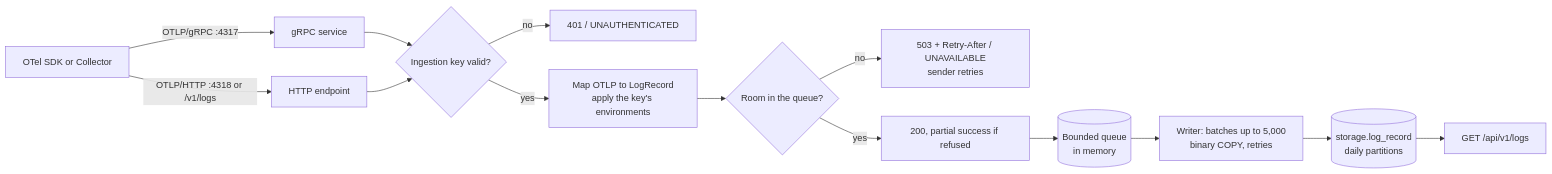
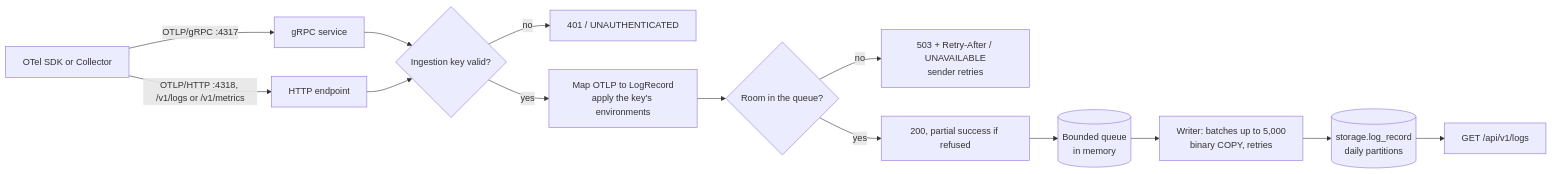
The diagram in docs/architecture/ingestion.md (civauva/Veyra), drawn with Mermaid before and after one commit. The commit also changed other lines of this file and 470 other files, not shown here.

````diff
--- a/docs/architecture/ingestion.md
+++ b/docs/architecture/ingestion.md
@@ -7,15 +7,15 @@
 ```mermaid
 flowchart LR
   SDK[OTel SDK or Collector] -- "OTLP/gRPC :4317" --> GRPC[gRPC service]
-  SDK -- "OTLP/HTTP :4318 or /v1/logs" --> HTTP[HTTP endpoint]
+  SDK -- "OTLP/HTTP :4318, /v1/logs or /v1/metrics" --> HTTP[HTTP endpoint]
   GRPC --> KEY{Ingestion key valid?}
   HTTP --> KEY
   KEY -- no --> R401[401 / UNAUTHENTICATED]
   KEY -- yes --> MAP[Map OTLP to LogRecord<br/>apply the key's environments]
   MAP --> Q{Room in the queue?}
   Q -- no --> R503[503 + Retry-After / UNAVAILABLE<br/>sender retries]
   Q -- yes --> OK[200, partial success if refused] --> QUEUE[(Bounded queue<br/>in memory)]
   QUEUE --> W[Writer: batches up to 5,000<br/>binary COPY, retries]
   W --> PG[(storage.log_record<br/>daily partitions)]
   PG --> API[GET /api/v1/logs]
 ```
````
